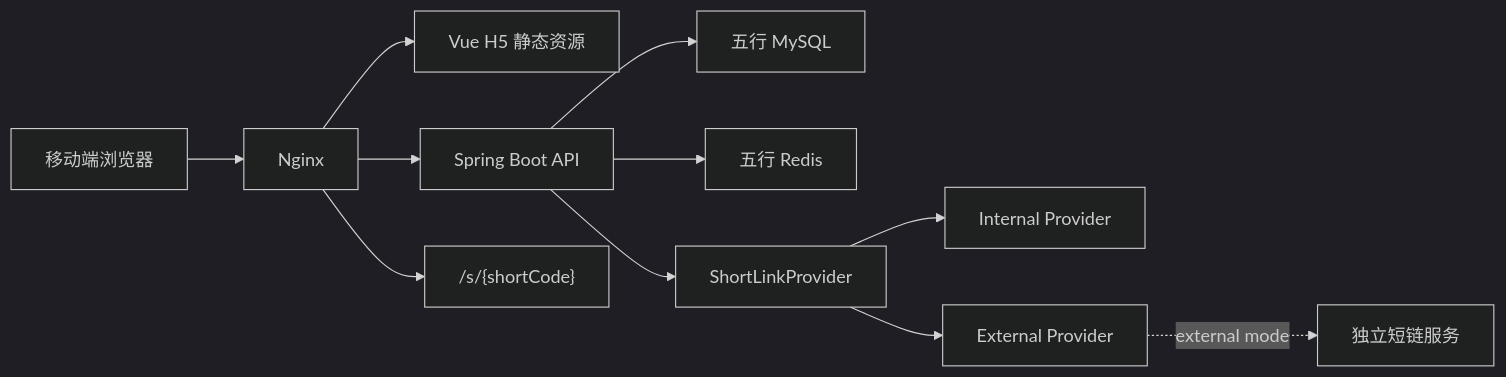
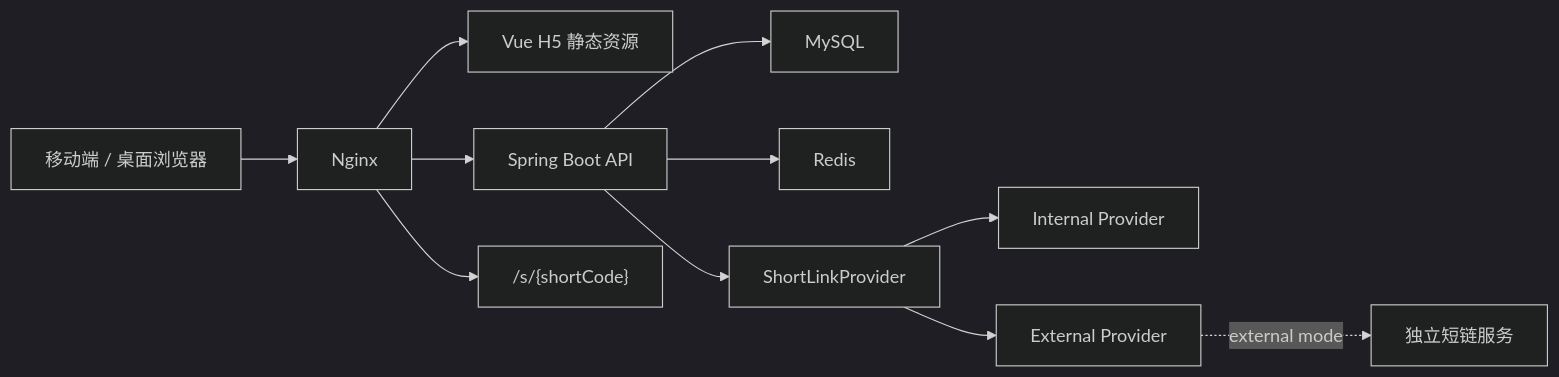
Before and after one commit to Oliver1205/wuxing-persona-card: the first of 2 diagrams in README.md, drawn with Mermaid (dark theme). The commit also changed other lines of this file, not shown here.

````diff
--- a/README.md
+++ b/README.md
@@ -201,13 +51,13 @@
 ```mermaid
 flowchart LR
-  Browser["移动端浏览器"] --> Nginx["Nginx"]
+  Browser["移动端 / 桌面浏览器"] --> Nginx["Nginx"]
   Nginx --> Frontend["Vue H5 静态资源"]
   Nginx --> Api["Spring Boot API"]
   Nginx --> ShortEntry["/s/{shortCode}"]
-  Api --> MySQL["五行 MySQL"]
-  Api --> Redis["五行 Redis"]
+  Api --> MySQL["MySQL"]
+  Api --> Redis["Redis"]
   Api --> Provider["ShortLinkProvider"]
   Provider --> Internal["Internal Provider"]
   Provider --> External["External Provider"]
   External -. external mode .-> Shortlink["独立短链服务"]
 ```
````
